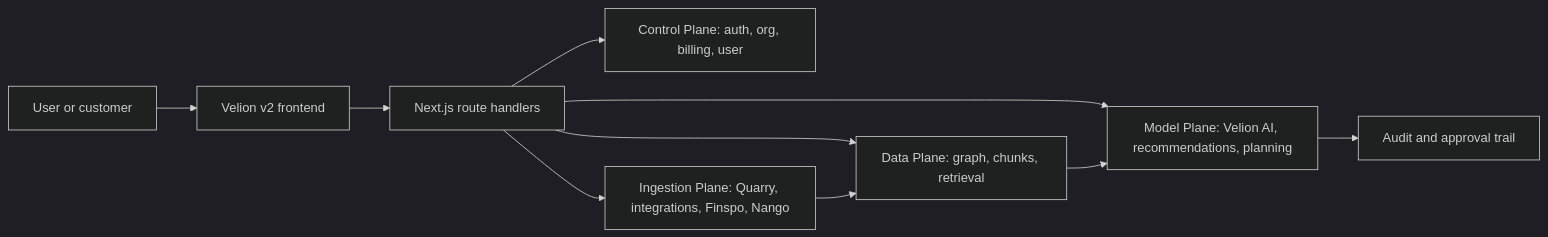
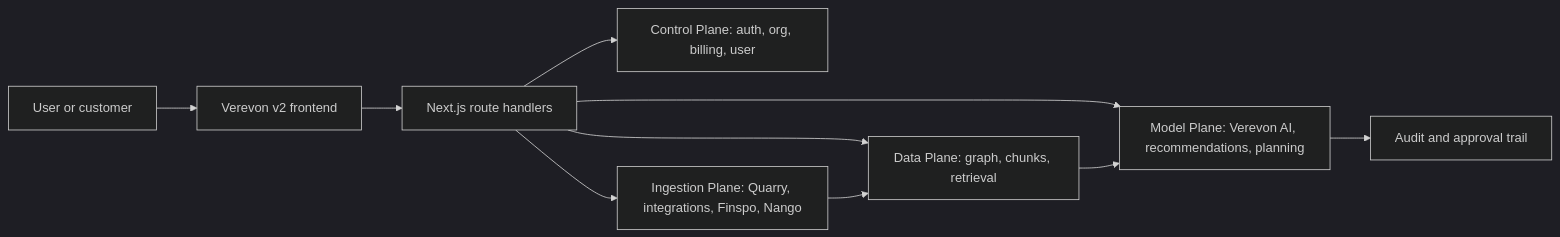
The diagram in apps/Frontend Plane/velionv2/README.md (nisjety/CoreSystems), drawn with Mermaid (dark theme) before and after one commit. The commit also changed other lines of this file and 2447 other files, not shown here.

First line of the commit message:
refactor: rename Velion to Verevon across the monorepo

````diff
--- a/apps/Frontend Plane/velionv2/README.md
+++ b/apps/Frontend Plane/velionv2/README.md
@@ -46,12 +46,12 @@
 ```mermaid
 flowchart LR
-  User["User or customer"] --> Frontend["Velion v2 frontend"]
+  User["User or customer"] --> Frontend["Verevon v2 frontend"]
   Frontend --> BFF["Next.js route handlers"]
   BFF --> Control["Control Plane: auth, org, billing, user"]
   BFF --> Ingestion["Ingestion Plane: Quarry, integrations, Finspo, Nango"]
   BFF --> Data["Data Plane: graph, chunks, retrieval"]
-  BFF --> Model["Model Plane: Velion AI, recommendations, planning"]
+  BFF --> Model["Model Plane: Verevon AI, recommendations, planning"]
   Model --> Audit["Audit and approval trail"]
   Ingestion --> Data
   Data --> Model
 ```
````
